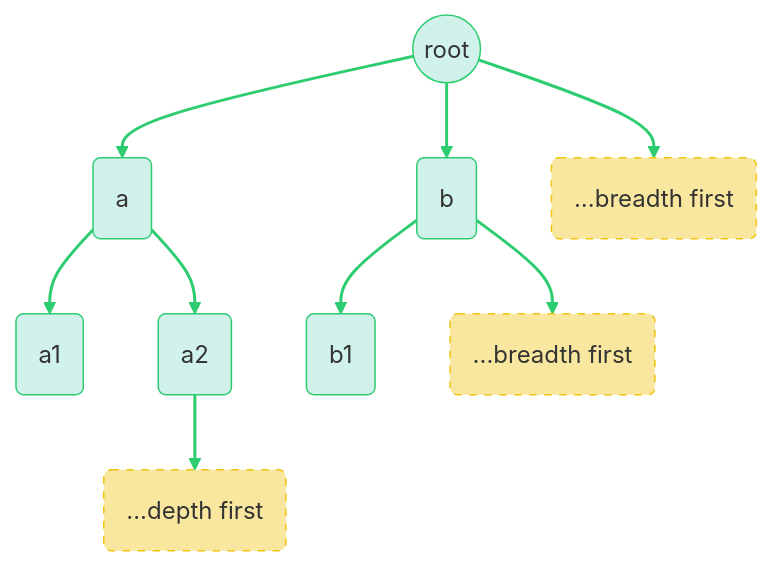
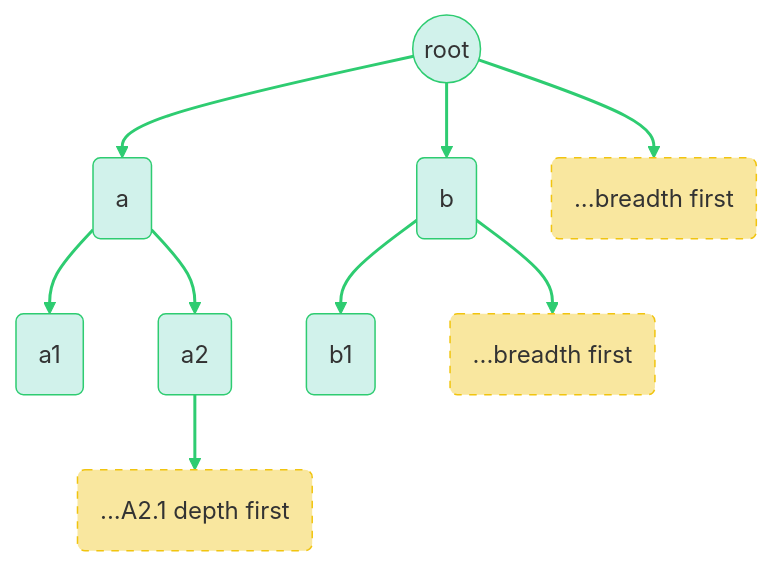
Before and after one commit to zekenie/workbench: the diagram in experiments/object-pagination/readme.md, drawn with Mermaid.

````diff
--- a/experiments/object-pagination/readme.md
+++ b/experiments/object-pagination/readme.md
@@ -3,21 +3,21 @@
 ```mermaid
 graph TD
     root((root)) --> A(a)
     root --> B(b)
     root --> C(...breadth first)
     A --> A1(a1)
     A --> A2(a2)
-    A2 --> A21("...depth first")
+    A2 --> A21("...A2.1 depth first")
     B --> B1(b1)
     B --> B2(...breadth first)
 
     classDef normal fill:#d1f2eb,stroke:#2ecc71;
     classDef wideMore fill:#f9e79f,stroke:#f1c40f,stroke-dasharray: 5 5;
     classDef deepMore fill:#f9e79f,stroke:#f1c40f,stroke-dasharray: 5 5;
 
     class root,A,B,A1,A2,B1 normal;
     class C wideMore;
     class A21,B2 deepMore;
 
     linkStyle default stroke:#2ecc71,stroke-width:2px;
 ```
````
